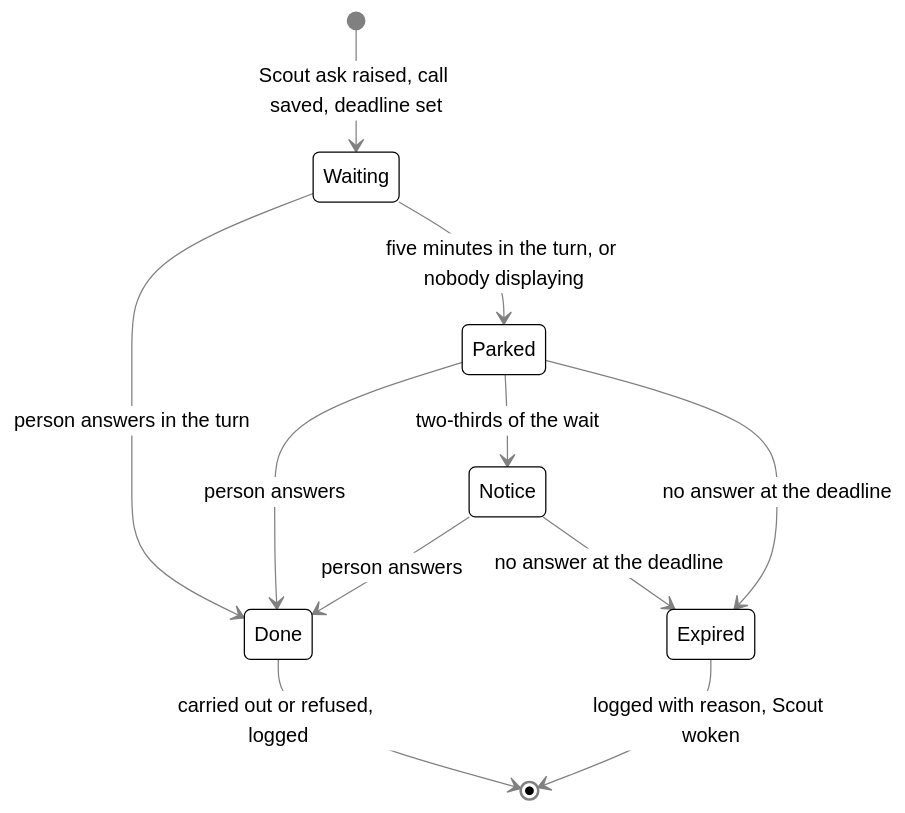
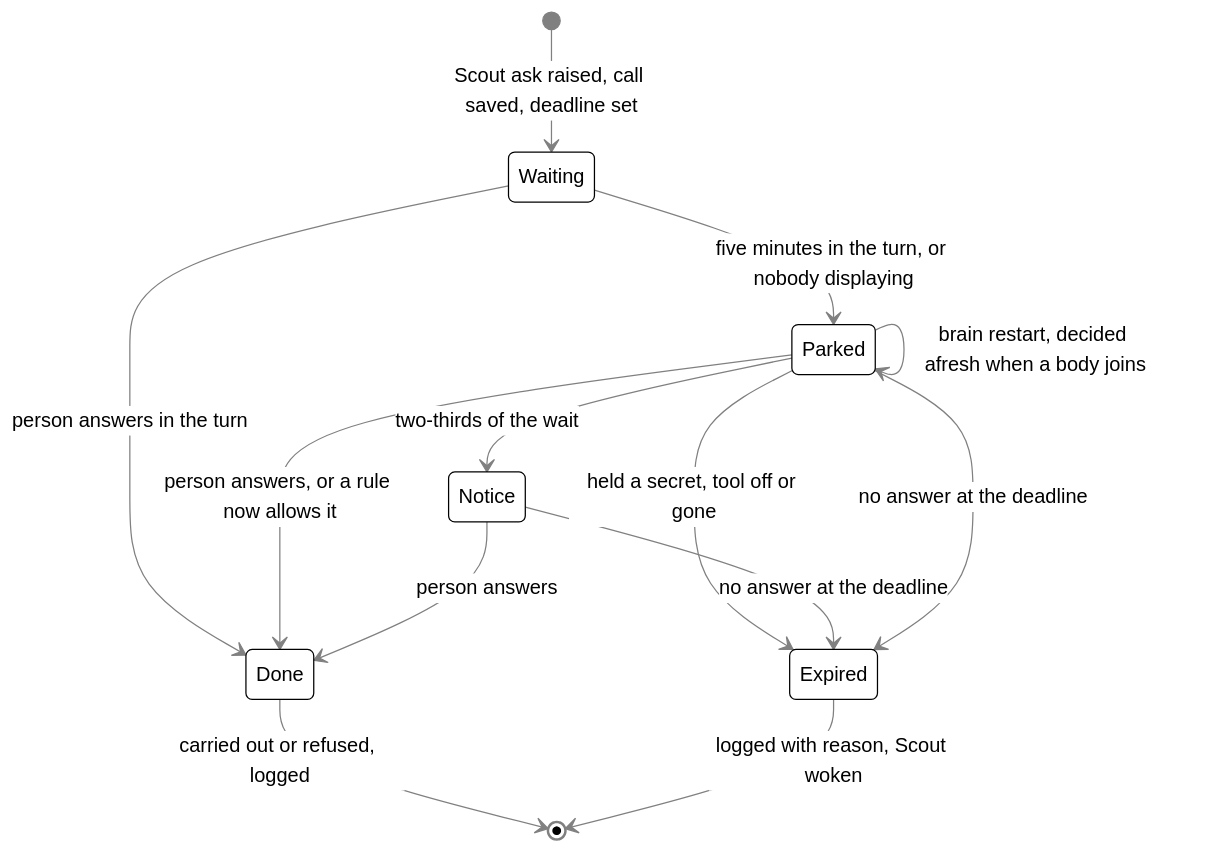
Before and after one commit to nadeem4/tagalong: the sixth of 15 diagrams in docs/brain.md, drawn with Mermaid. The commit also changed other lines of this file and 15 other files, not shown here.

Commit message:
feat(brain): waiting asks greet the person on return (P5)

````diff
--- a/docs/brain.md
+++ b/docs/brain.md
@@ -623,14 +627,16 @@
 ```mermaid
 %%{init: {"theme": "base", "themeVariables": {"primaryColor": "#ffffff", "primaryTextColor": "#000000", "primaryBorderColor": "#000000", "lineColor": "#808080", "arrowheadColor": "#808080", "secondaryColor": "#f2f2f2", "tertiaryColor": "#ffffff", "clusterBkg": "#f7f7f7", "clusterBorder": "#808080", "edgeLabelBackground": "#ffffff", "titleColor": "#808080", "actorBkg": "#ffffff", "actorBorder": "#000000", "actorTextColor": "#000000", "actorLineColor": "#808080", "signalColor": "#808080", "signalTextColor": "#808080", "sequenceNumberColor": "#ffffff", "labelBoxBkgColor": "#ffffff", "labelBoxBorderColor": "#808080", "labelTextColor": "#000000", "loopTextColor": "#808080", "noteBkgColor": "#f7f7f7", "noteBorderColor": "#808080", "noteTextColor": "#000000", "activationBkgColor": "#f7f7f7", "activationBorderColor": "#808080", "fontFamily": "Segoe UI, Helvetica, Arial, sans-serif"}}}%%
 stateDiagram-v2
     [*] --> Waiting: Scout ask raised, call saved, deadline set
     Waiting --> Parked: five minutes in the turn, or nobody displaying
     Waiting --> Done: person answers in the turn
-    Parked --> Done: person answers
+    Parked --> Parked: brain restart, decided afresh when a body joins
+    Parked --> Done: person answers, or a rule now allows it
+    Parked --> Expired: held a secret, tool off or gone
     Parked --> Notice: two-thirds of the wait
     Notice --> Done: person answers
     Notice --> Expired: no answer at the deadline
     Parked --> Expired: no answer at the deadline
     Done --> [*]: carried out or refused, logged
     Expired --> [*]: logged with reason, Scout woken
 ```
````
